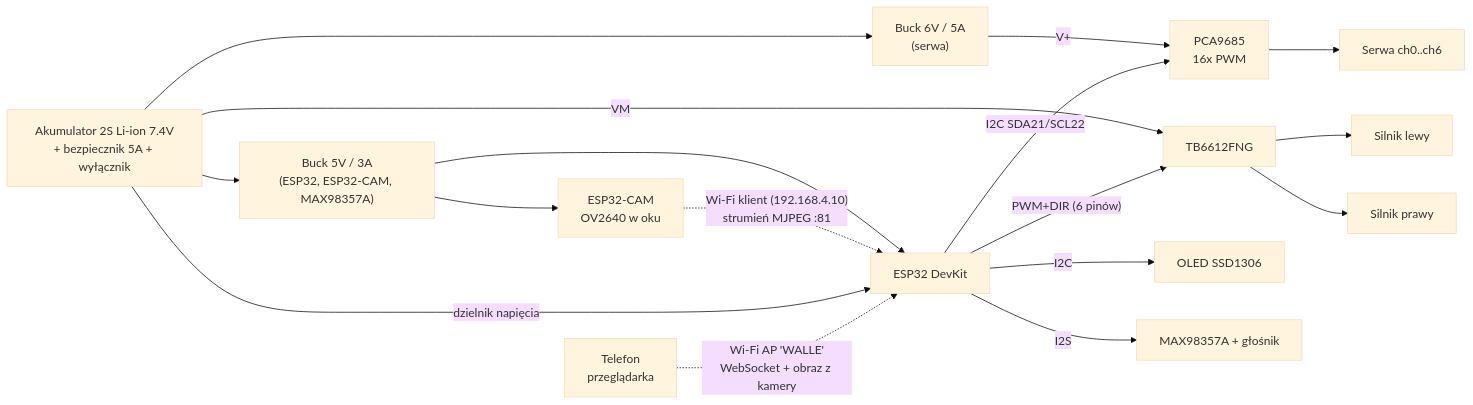
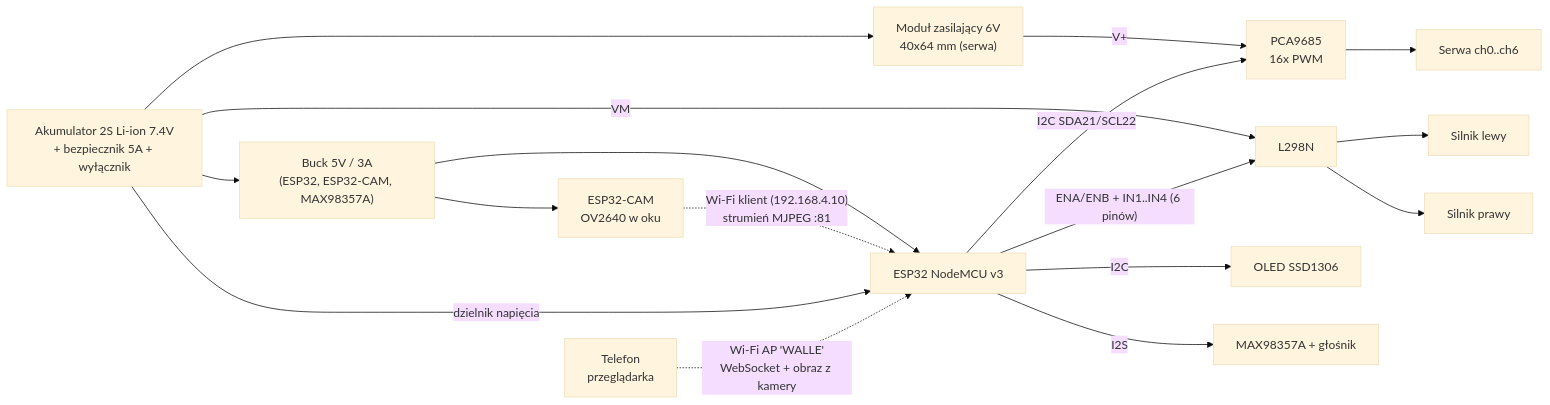
The diagram in docs/electronics.md (arekp/wall-e), drawn with Mermaid (base theme) before and after one commit. The commit also changed other lines of this file and 9 other files, not shown here.

First line of the commit message:
Mounting plate v3: real module sizes (NodeMCU, L298N, 40x64 PSU) in 125 x 110 mm

````diff
--- a/docs/electronics.md
+++ b/docs/electronics.md
@@ -31,23 +31,23 @@
 ```mermaid
 flowchart LR
     BAT["Akumulator 2S Li-ion 7.4V<br/>+ bezpiecznik 5A + wyłącznik"]
     BAT --> BUCK5["Buck 5V / 3A<br/>(ESP32, ESP32-CAM, MAX98357A)"]
-    BAT --> BUCK6["Buck 6V / 5A<br/>(serwa)"]
-    BAT -->|VM| DRV["TB6612FNG"]
+    BAT --> BUCK6["Moduł zasilający 6V<br/>40x64 mm (serwa)"]
+    BAT -->|VM| DRV["L298N"]
 
-    BUCK5 --> ESP["ESP32 DevKit"]
+    BUCK5 --> ESP["ESP32 NodeMCU v3"]
     BUCK6 -->|V+| PCA["PCA9685<br/>16x PWM"]
     PCA --> SERVA["Serwa ch0..ch6"]
 
     ESP -- "I2C SDA21/SCL22" --> PCA
     ESP -- "I2C" --> OLED["OLED SSD1306"]
-    ESP -- "PWM+DIR (6 pinów)" --> DRV
+    ESP -- "ENA/ENB + IN1..IN4 (6 pinów)" --> DRV
     DRV --> ML["Silnik lewy"]
     DRV --> MR["Silnik prawy"]
     ESP -- "I2S" --> AMP["MAX98357A + głośnik"]
     BUCK5 --> CAM["ESP32-CAM<br/>OV2640 w oku"]
     CAM -. "Wi-Fi klient (192.168.4.10)<br/>strumień MJPEG :81" .-> ESP
     BAT -- "dzielnik napięcia" --> ESP
 
     PHONE["Telefon<br/>przeglądarka"] -. "Wi-Fi AP 'WALLE'<br/>WebSocket + obraz z kamery" .-> ESP
 ```
````
